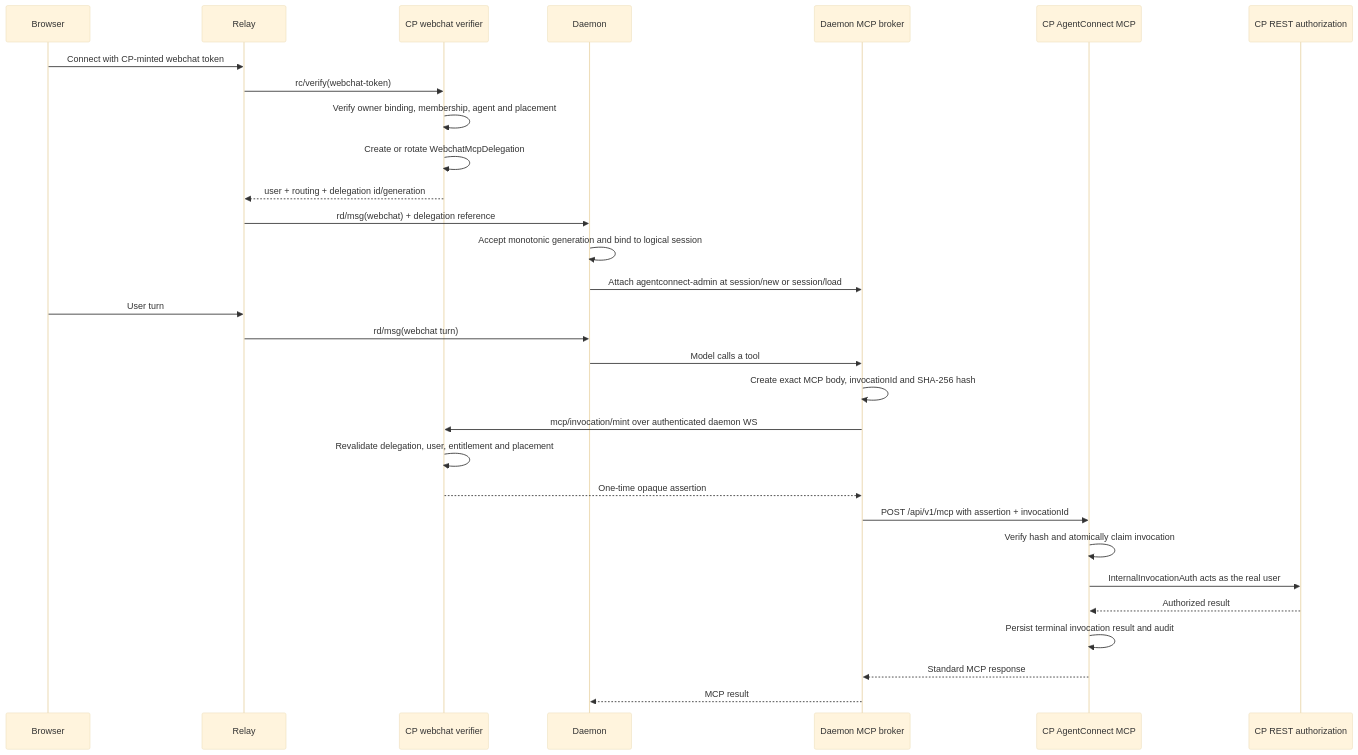
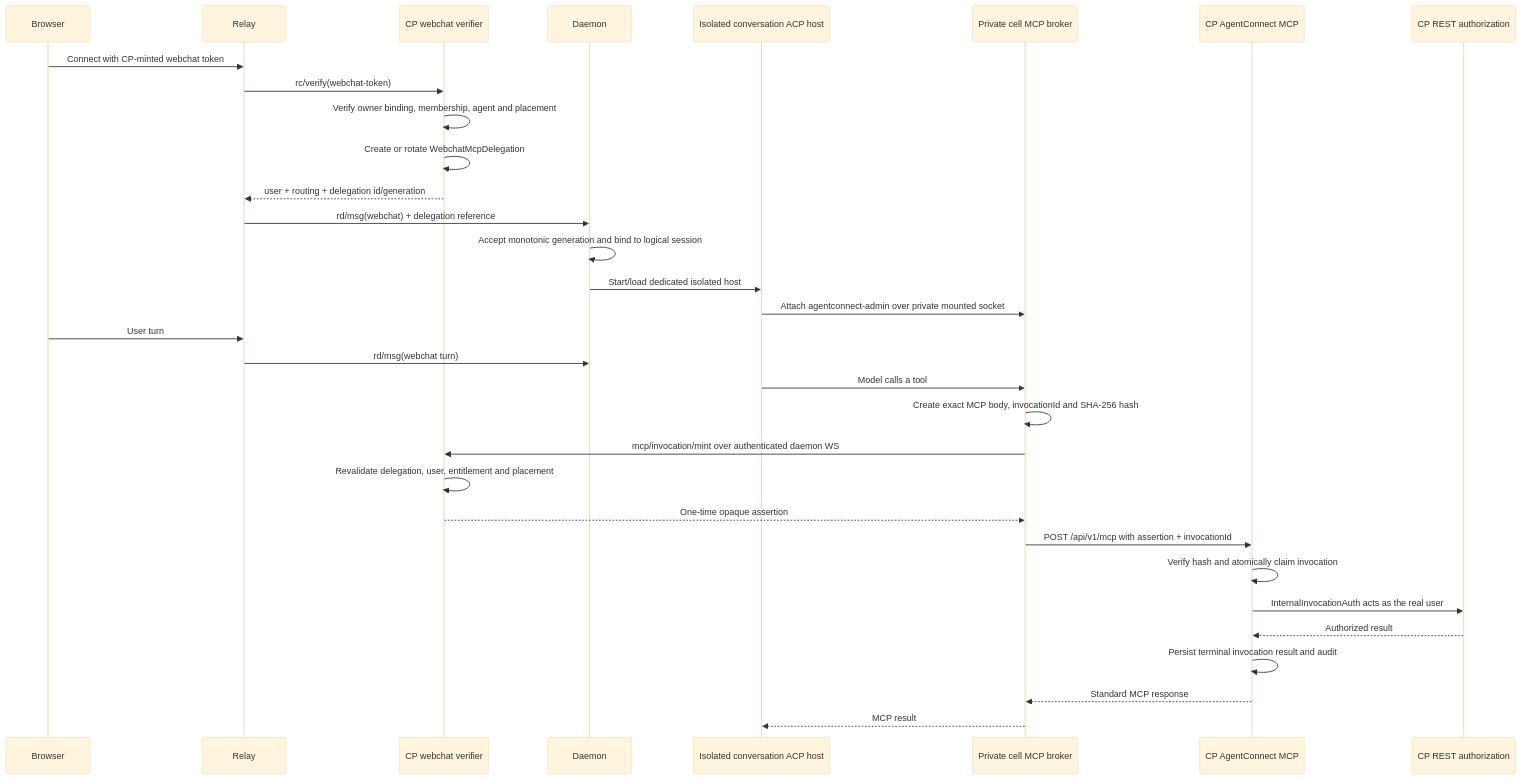
Before and after one commit to agentconnect-md/agentconnect: the first of 2 diagrams in docs/designs/webchat-preset-agentconnect-mcp.md, drawn with Mermaid (base theme). The commit also changed other lines of this file, not shown here.

Commit message:
docs: isolate delegated webchat MCP sessions

````diff
--- a/docs/designs/webchat-preset-agentconnect-mcp.md
+++ b/docs/designs/webchat-preset-agentconnect-mcp.md
@@ -154,34 +181,36 @@
 ```mermaid
 sequenceDiagram
     participant Browser
     participant Relay
     participant CPVerify as CP webchat verifier
     participant Daemon
-    participant Broker as Daemon MCP broker
+    participant Cell as Isolated conversation ACP host
+    participant Broker as Private cell MCP broker
     participant CPMCP as CP AgentConnect MCP
     participant REST as CP REST authorization
 
     Browser->>Relay: Connect with CP-minted webchat token
     Relay->>CPVerify: rc/verify(webchat-token)
     CPVerify->>CPVerify: Verify owner binding, membership, agent and placement
     CPVerify->>CPVerify: Create or rotate WebchatMcpDelegation
     CPVerify-->>Relay: user + routing + delegation id/generation
     Relay->>Daemon: rd/msg(webchat) + delegation reference
     Daemon->>Daemon: Accept monotonic generation and bind to logical session
-    Daemon->>Broker: Attach agentconnect-admin at session/new or session/load
+    Daemon->>Cell: Start/load dedicated isolated host
+    Cell->>Broker: Attach agentconnect-admin over private mounted socket
 
     Browser->>Relay: User turn
     Relay->>Daemon: rd/msg(webchat turn)
-    Daemon->>Broker: Model calls a tool
+    Cell->>Broker: Model calls a tool
     Broker->>Broker: Create exact MCP body, invocationId and SHA-256 hash
     Broker->>CPVerify: mcp/invocation/mint over authenticated daemon WS
     CPVerify->>CPVerify: Revalidate delegation, user, entitlement and placement
     CPVerify-->>Broker: One-time opaque assertion
     Broker->>CPMCP: POST /api/v1/mcp with assertion + invocationId
     CPMCP->>CPMCP: Verify hash and atomically claim invocation
     CPMCP->>REST: InternalInvocationAuth acts as the real user
     REST-->>CPMCP: Authorized result
     CPMCP->>CPMCP: Persist terminal invocation result and audit
     CPMCP-->>Broker: Standard MCP response
-    Broker-->>Daemon: MCP result
+    Broker-->>Cell: MCP result
 ```
````
